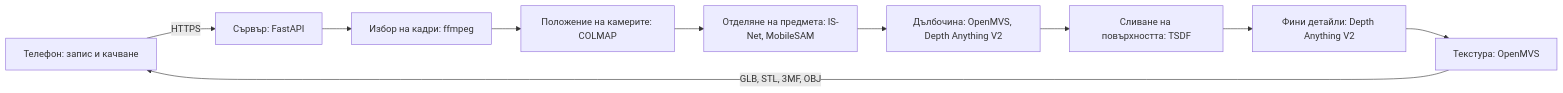
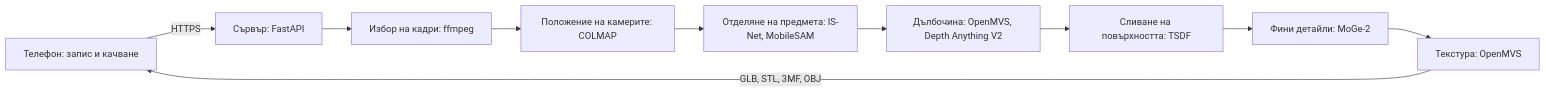
One commit to miron4o24/Orbitize-scan3D_app- changed the diagram in README.md. Above: the diagram before and after it, drawn with Mermaid. The commit also changed other lines of this file and 2 other files, not shown here.

````diff
--- a/README.md
+++ b/README.md
@@ -25,12 +25,12 @@
 ```mermaid
 flowchart LR
     A["Телефон: запис и качване"] -->|HTTPS| B["Сървър: FastAPI"]
     B --> C["Избор на кадри: ffmpeg"]
     C --> D["Положение на камерите: COLMAP"]
     D --> E["Отделяне на предмета: IS-Net, MobileSAM"]
     E --> F["Дълбочина: OpenMVS, Depth Anything V2"]
     F --> G["Сливане на повърхността: TSDF"]
-    G --> I["Фини детайли: Depth Anything V2"]
+    G --> I["Фини детайли: MoGe-2"]
     I --> H["Текстура: OpenMVS"]
     H -->|"GLB, STL, 3MF, OBJ"| A
 ```
````
